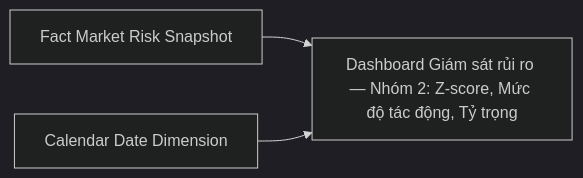
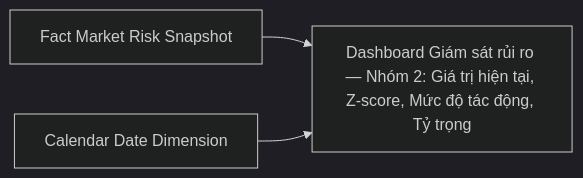
Diagram 15 of 54 in Datamart/hld/DTM_PTTT_HLD.md (linhlvit/ubck_atomic_design), drawn with Mermaid (dark theme) before and after one commit. The commit also changed other lines of this file and 13 other files, not shown here.

````diff
--- a/Datamart/hld/DTM_PTTT_HLD.md
+++ b/Datamart/hld/DTM_PTTT_HLD.md
@@ -605,5 +616,5 @@
 ```mermaid
 flowchart LR
-    fct_mkt_rsk_snpst["Fact Market Risk Snapshot"] --> rpt_nh2_dong_gop["Dashboard Giám sát rủi ro — Nhóm 2: Z-score, Mức độ tác động, Tỷ trọng"]
+    fct_mkt_rsk_snpst["Fact Market Risk Snapshot"] --> rpt_nh2_dong_gop["Dashboard Giám sát rủi ro — Nhóm 2: Giá trị hiện tại, Z-score, Mức độ tác động, Tỷ trọng"]
     cdr_dt_dim["Calendar Date Dimension"] --> rpt_nh2_dong_gop
 ```
````
